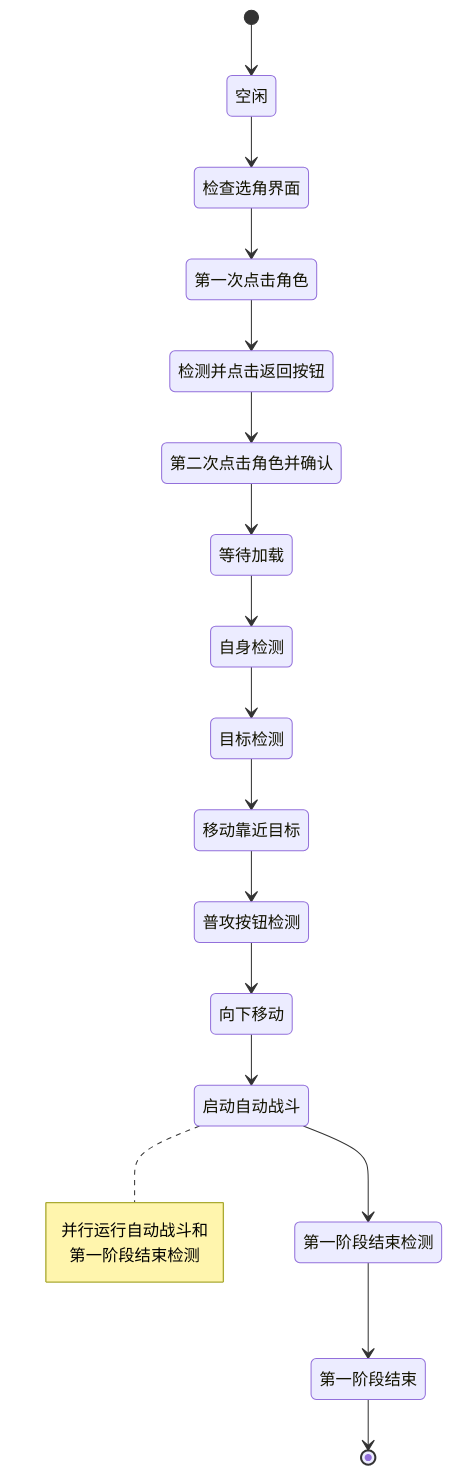
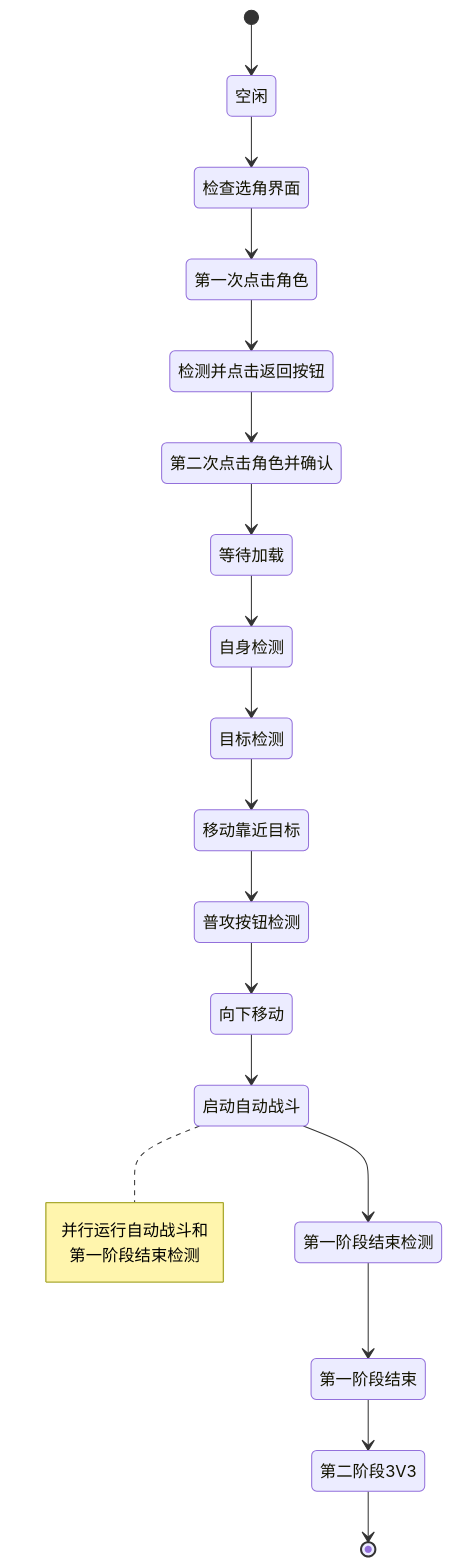
One commit to xsy098-max/ok-jump changed the second of 6 diagrams in .qoder/repowiki/zh/content/Tutorial Phase1 Handler.md. Above: the diagram before and after it, drawn with Mermaid. The commit also changed other lines of this file and 17 other files, not shown here.

````diff
--- a/.qoder/repowiki/zh/content/Tutorial Phase1 Handler.md
+++ b/.qoder/repowiki/zh/content/Tutorial Phase1 Handler.md
@@ -127,22 +146,23 @@
 ```mermaid
 stateDiagram-v2
 [*] --> 空闲
 空闲 --> 检查选角界面
 检查选角界面 --> 第一次点击角色
 第一次点击角色 --> 检测并点击返回按钮
 检测并点击返回按钮 --> 第二次点击角色并确认
 第二次点击角色并确认 --> 等待加载
 等待加载 --> 自身检测
 自身检测 --> 目标检测
 目标检测 --> 移动靠近目标
 移动靠近目标 --> 普攻按钮检测
 普攻按钮检测 --> 向下移动
 向下移动 --> 启动自动战斗
 启动自动战斗 --> 第一阶段结束检测
 第一阶段结束检测 --> 第一阶段结束
-第一阶段结束 --> [*]
+第一阶段结束 --> 第二阶段3V3
+第二阶段3V3 --> [*]
 note right of 启动自动战斗
 并行运行自动战斗和
 第一阶段结束检测
 end note
 ```
````
